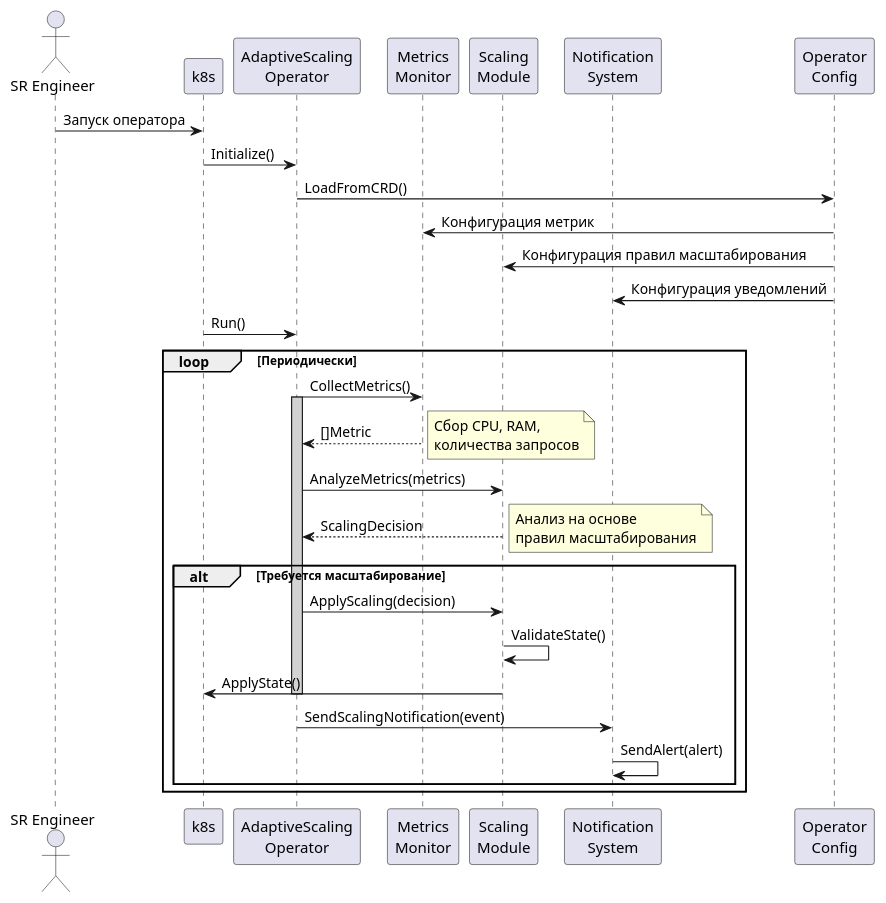
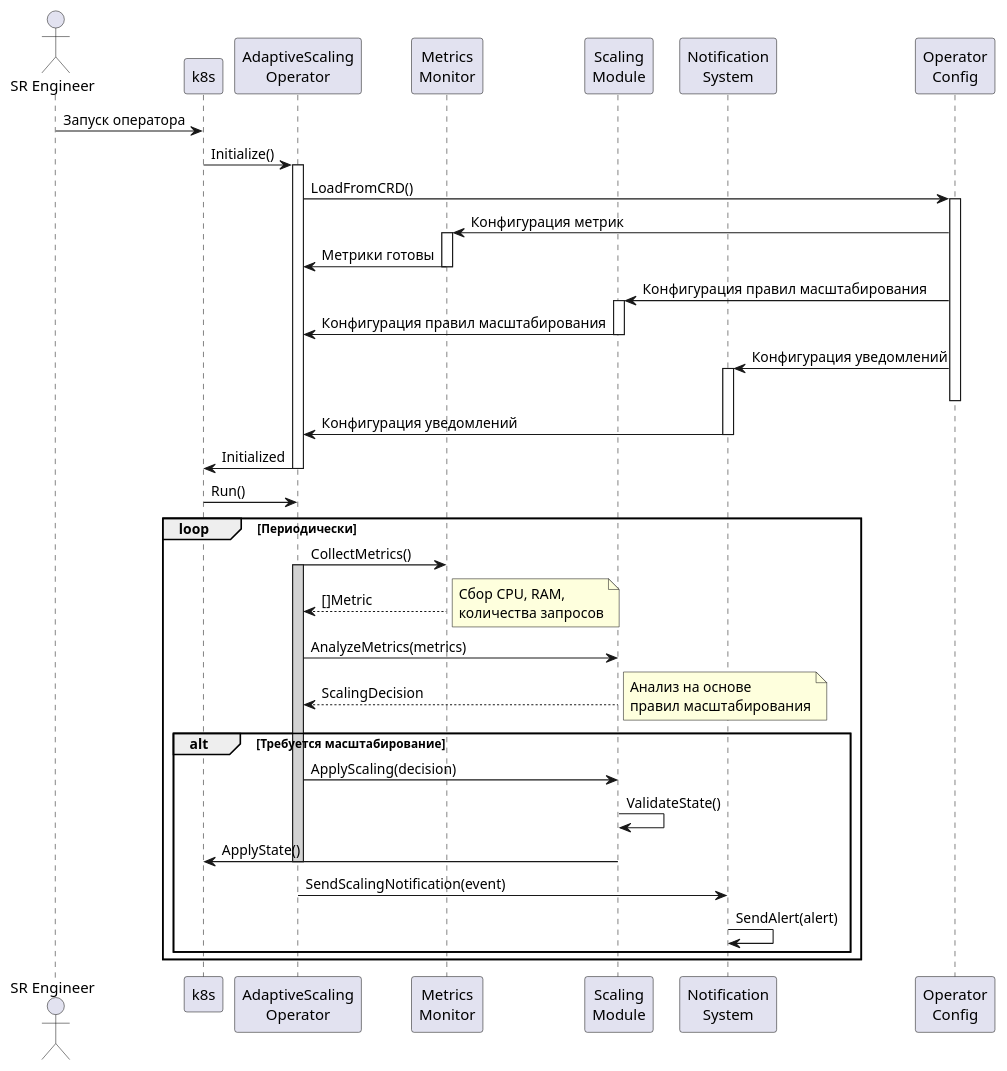
The diagram in docs/sequence_diagram/sequence_diagram.puml (Pysdbi/k8s-load-manager), drawn with PlantUML before and after one commit. The commit also changed 1 other file, not shown here.

```diff
--- a/docs/sequence_diagram/sequence_diagram.puml
+++ b/docs/sequence_diagram/sequence_diagram.puml
@@ -1,48 +1,54 @@
 @startuml sequence_diagram.puml
 ' Диаграмма последовательности для Kubernetes оператора адаптивного масштабирования
 
 actor "SR Engineer" as SRE
 participant "k8s" as K8S
 participant "AdaptiveScaling\nOperator" as ASO
 participant "Metrics\nMonitor" as MM
 participant "Scaling\nModule" as SM
 participant "Notification\nSystem" as NS
 participant "Operator\nConfig" as CFG
 
 ' Инициализация
 SRE -> K8S : Запуск оператора
-K8S -> ASO : Initialize()
+K8S -> ASO ++: Initialize()
 ASO -> CFG : LoadFromCRD()
-CFG -> MM : Конфигурация метрик
-CFG -> SM : Конфигурация правил масштабирования
-CFG -> NS : Конфигурация уведомлений
+activate CFG
+CFG -> MM ++: Конфигурация метрик
+MM -> ASO --: Метрики готовы
+CFG -> SM ++: Конфигурация правил масштабирования
+SM -> ASO --: Конфигурация правил масштабирования
+CFG -> NS ++: Конфигурация уведомлений
+deactivate CFG
+NS -> ASO --: Конфигурация уведомлений
+ASO -> K8S --: Initialized
 
 ' Запуск оператора
 K8S -> ASO : Run()
 
 ' Мониторинг метрик
 loop Периодически
     ASO -> MM : CollectMetrics()
     activate ASO #lightgray
     MM --> ASO : []Metric
     note right: Сбор CPU, RAM,\nколичества запросов
 
     ' Анализ и принятие решения
     ASO -> SM : AnalyzeMetrics(metrics)
     SM --> ASO : ScalingDecision
     note right: Анализ на основе\nправил масштабирования
 
     ' Применение масштабирования
     alt Требуется масштабирование
         ASO -> SM : ApplyScaling(decision)
         SM -> SM  : ValidateState()
         SM -> K8S : ApplyState()
         deactivate ASO
         
         ' Уведомления
         ASO -> NS : SendScalingNotification(event)
         NS -> NS : SendAlert(alert)
     end
 end
 
 @enduml
```
